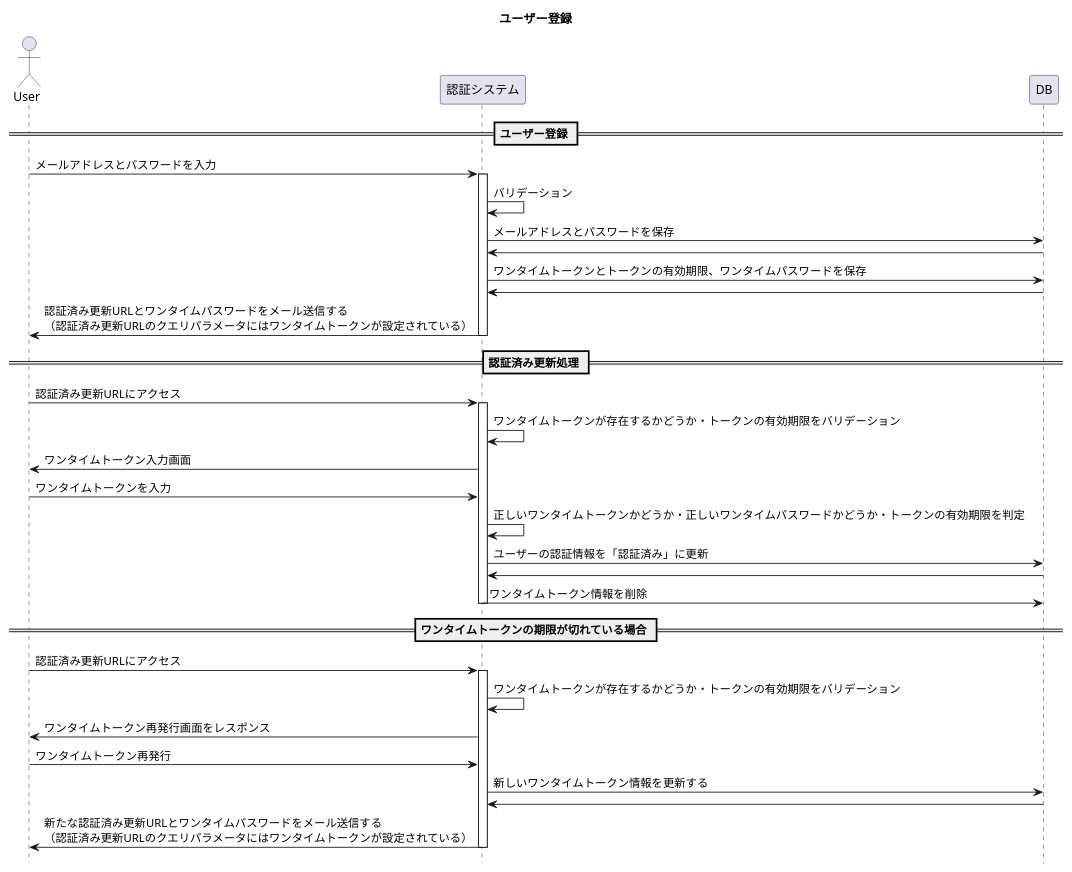
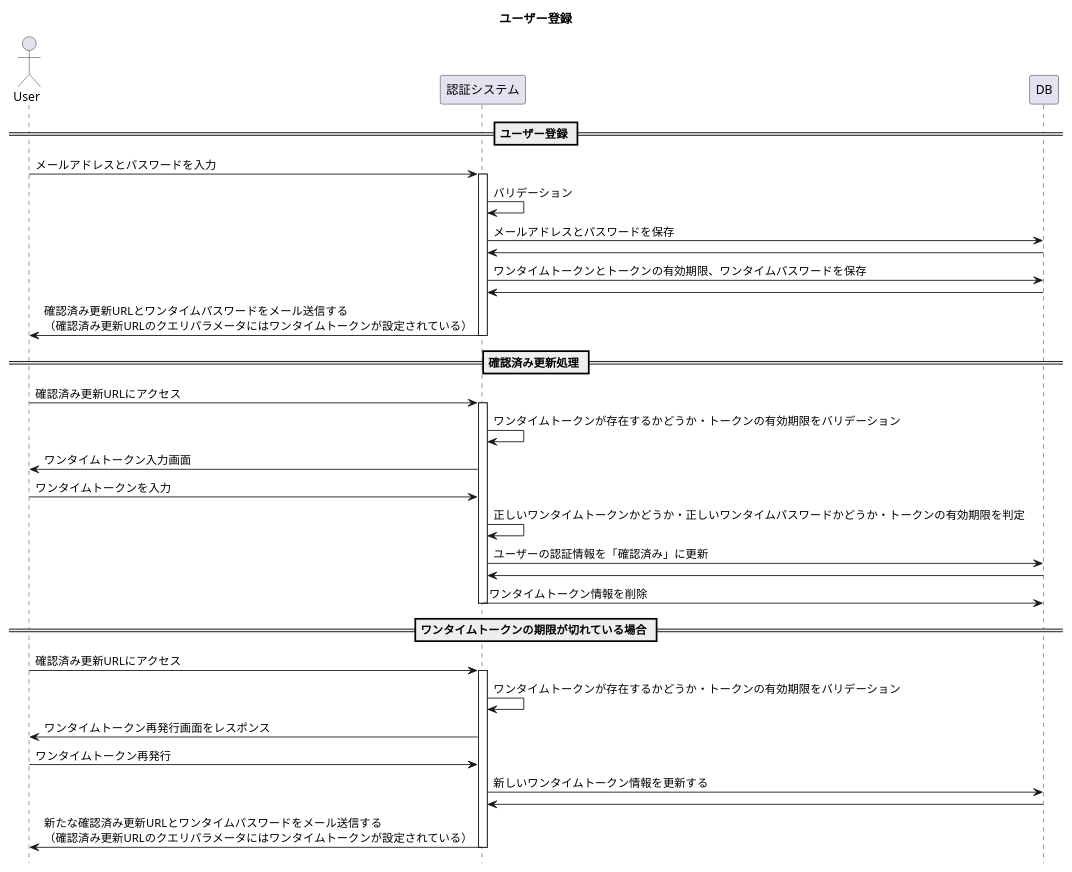
The diagram in modelingDiagram/sequenceDiagrams/userRegister.pu (h-maki2/identityAccess), drawn with PlantUML before and after one commit. The commit also changed 20 other files, not shown here.

```diff
--- a/modelingDiagram/sequenceDiagrams/userRegister.pu
+++ b/modelingDiagram/sequenceDiagrams/userRegister.pu
@@ -1,43 +1,43 @@
 @startuml userRegister
 title ユーザー登録
 hide footbox
 
 Actor User
 participant "認証システム" as authSystem
 participant DB 
 
 == ユーザー登録 ==
 User -> authSystem : メールアドレスとパスワードを入力
 activate authSystem
 authSystem -> authSystem : バリデーション
 authSystem -> DB : メールアドレスとパスワードを保存
 authSystem <- DB
 authSystem -> DB : ワンタイムトークンとトークンの有効期限、ワンタイムパスワードを保存
 authSystem <- DB
-User <- authSystem : 認証済み更新URLとワンタイムパスワードをメール送信する\n（認証済み更新URLのクエリパラメータにはワンタイムトークンが設定されている）
+User <- authSystem : 確認済み更新URLとワンタイムパスワードをメール送信する\n（確認済み更新URLのクエリパラメータにはワンタイムトークンが設定されている）
 deactivate authSystem
 
-== 認証済み更新処理 ==
-User -> authSystem : 認証済み更新URLにアクセス
+== 確認済み更新処理 ==
+User -> authSystem : 確認済み更新URLにアクセス
 activate authSystem
 authSystem -> authSystem : ワンタイムトークンが存在するかどうか・トークンの有効期限をバリデーション
 User <- authSystem : ワンタイムトークン入力画面
 User -> authSystem : ワンタイムトークンを入力
 authSystem -> authSystem : 正しいワンタイムトークンかどうか・正しいワンタイムパスワードかどうか・トークンの有効期限を判定
-authSystem -> DB : ユーザーの認証情報を「認証済み」に更新
+authSystem -> DB : ユーザーの認証情報を「確認済み」に更新
 authSystem <- DB
 authSystem -> DB : ワンタイムトークン情報を削除
 deactivate authSystem
 
 == ワンタイムトークンの期限が切れている場合 ==
-User -> authSystem : 認証済み更新URLにアクセス
+User -> authSystem : 確認済み更新URLにアクセス
 activate authSystem
 authSystem -> authSystem : ワンタイムトークンが存在するかどうか・トークンの有効期限をバリデーション
 User <- authSystem : ワンタイムトークン再発行画面をレスポンス
 User -> authSystem : ワンタイムトークン再発行
 authSystem -> DB : 新しいワンタイムトークン情報を更新する
 authSystem <- DB
-User <- authSystem : 新たな認証済み更新URLとワンタイムパスワードをメール送信する\n（認証済み更新URLのクエリパラメータにはワンタイムトークンが設定されている）
+User <- authSystem : 新たな確認済み更新URLとワンタイムパスワードをメール送信する\n（確認済み更新URLのクエリパラメータにはワンタイムトークンが設定されている）
 deactivate authSystem
 
 @enduml
```
